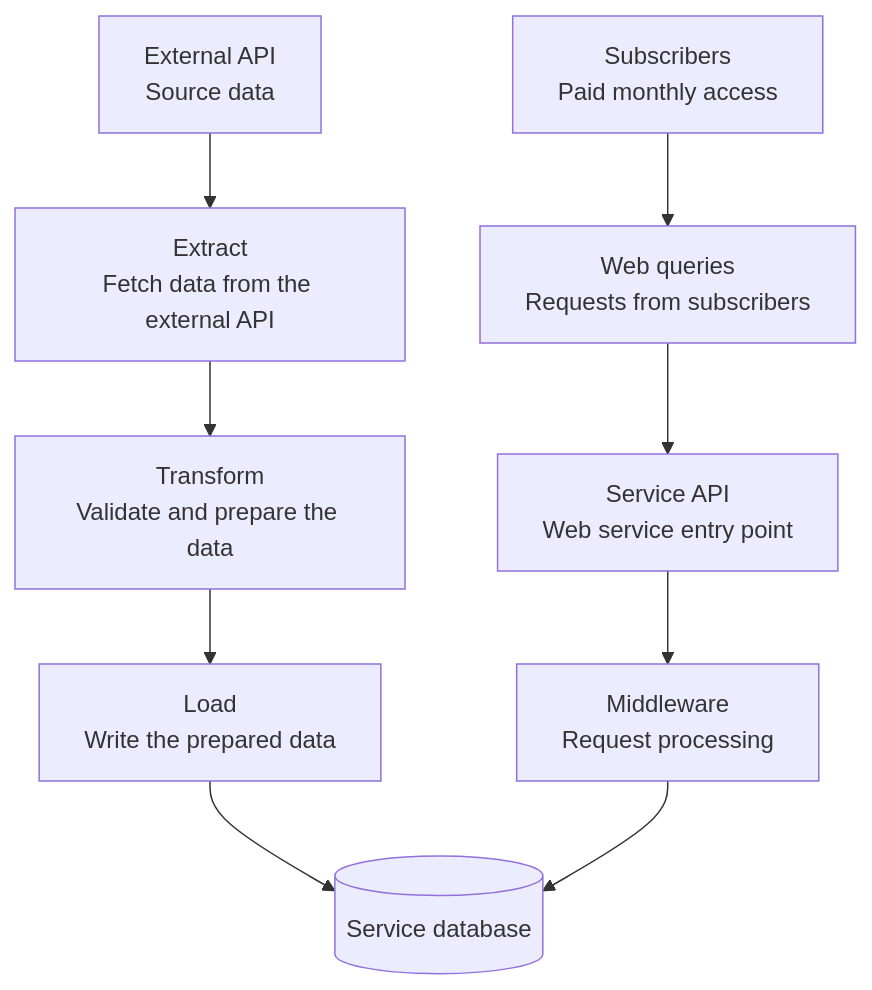
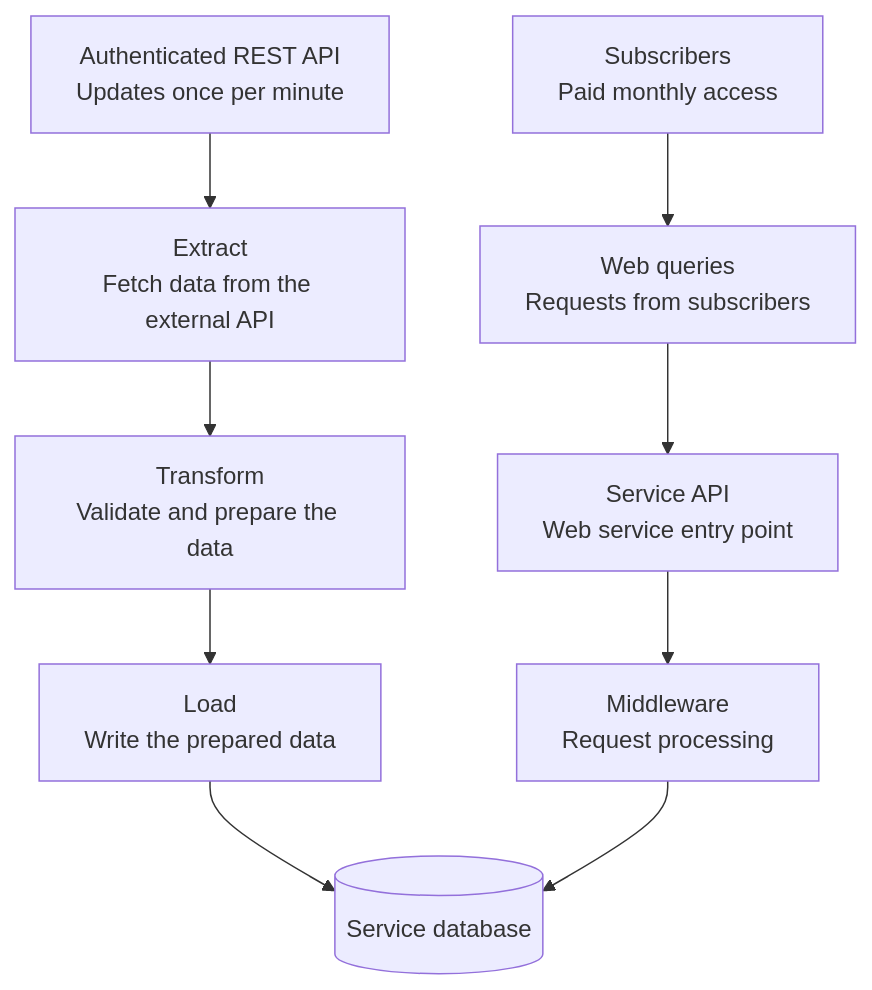
Before and after one commit to SixbucksSolutions/web-based-etl-system-design: the diagram in README.md, drawn with Mermaid. The commit also changed other lines of this file, not shown here.

Commit message:
Document authenticated extraction and minute-level freshness

````diff
--- a/README.md
+++ b/README.md
@@ -11,26 +11,26 @@
 ```mermaid
 flowchart TB
-    upstream["External API<br/>Source data"]
+    upstream["Authenticated REST API<br/>Updates once per minute"]
     users["Subscribers<br/>Paid monthly access"]
 
     extract["Extract<br/>Fetch data from the external API"]
     queries["Web queries<br/>Requests from subscribers"]
 
     transform["Transform<br/>Validate and prepare the data"]
     api["Service API<br/>Web service entry point"]
 
     load["Load<br/>Write the prepared data"]
     middleware["Middleware<br/>Request processing"]
 
     db[("Service database")]
 
     upstream --> extract
     extract --> transform
     transform --> load
     load --> db
 
     users --> queries
     queries --> api
     api --> middleware
     middleware --> db
 ```
````
